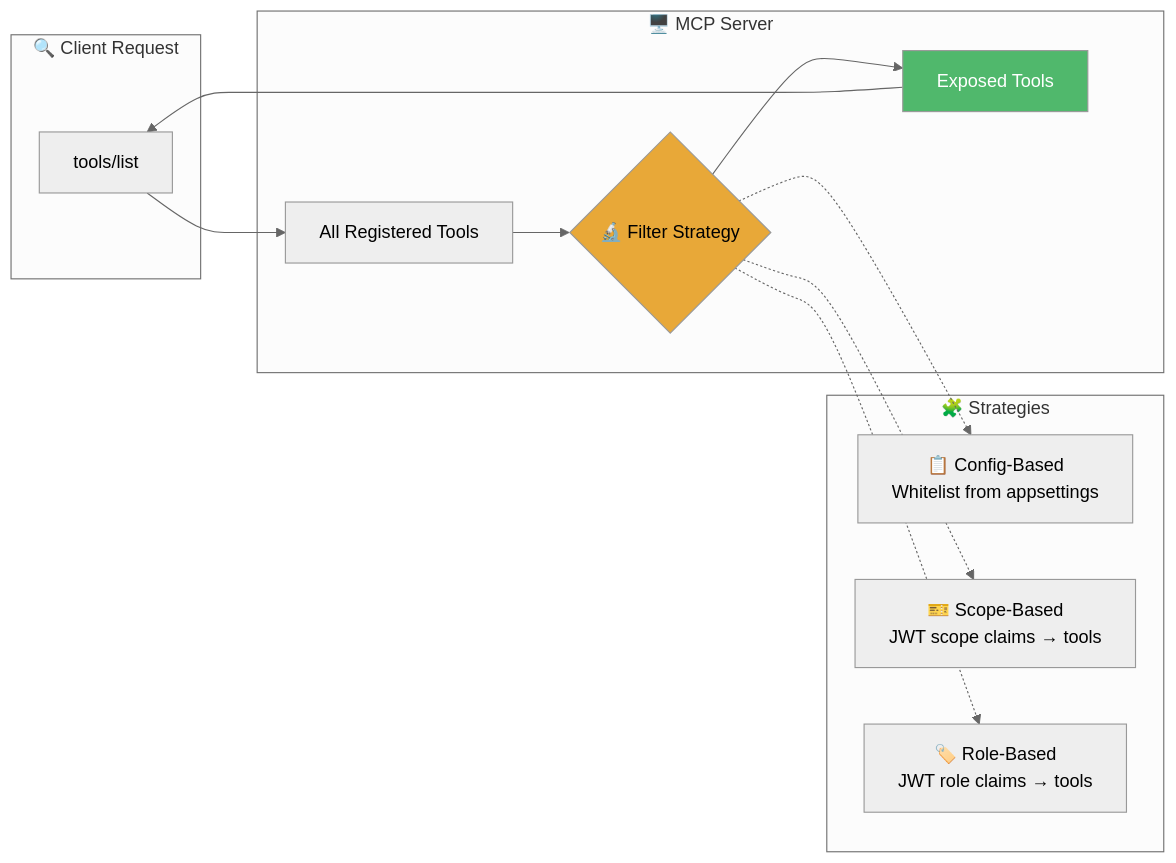
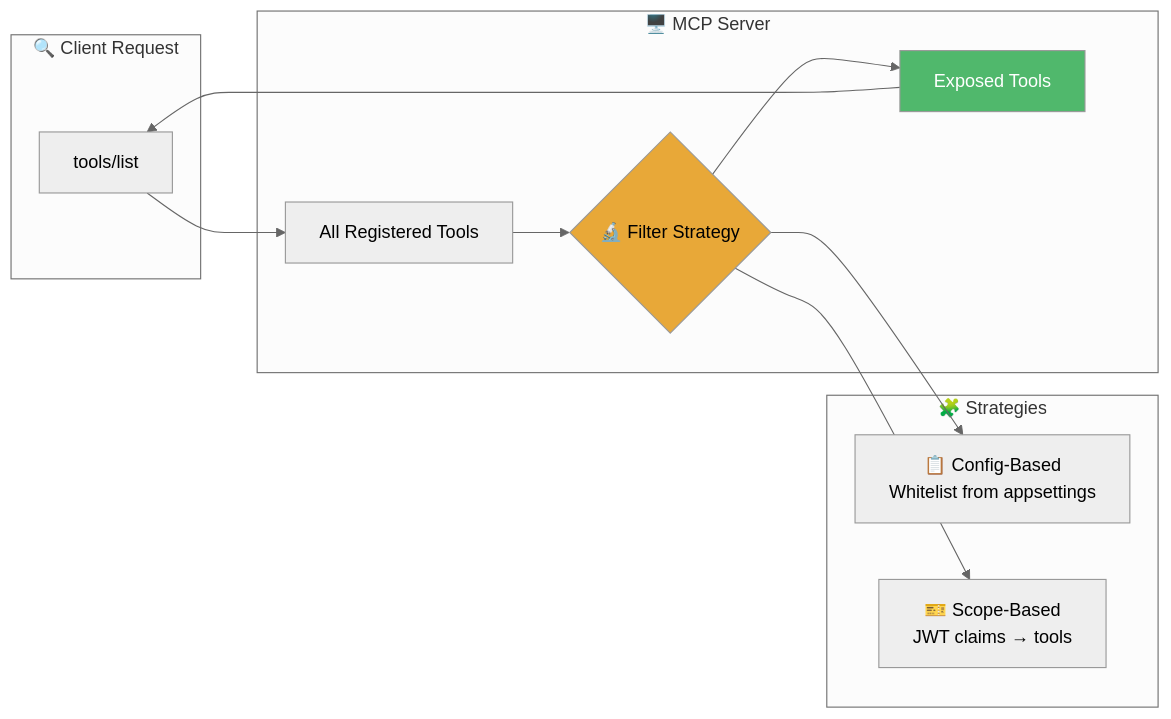
One commit to logichaos/McpPrimitiveFilters changed the fifth of 5 diagrams in README.md. Above: the diagram before and after it, drawn with Mermaid (neutral theme). The commit also changed other lines of this file and 1 other file, not shown here.

````diff
--- a/README.md
+++ b/README.md
@@ -484,30 +490,28 @@
 ```mermaid
 flowchart LR
     subgraph Client [🔍 Client Request]
         A[tools/list]
     end
 
     subgraph Server [🖥️ MCP Server]
         B[All Registered Tools]
         C{"🔬 Filter Strategy"}
         D[Exposed Tools]
     end
 
     subgraph Strategies [🧩 Strategies]
         E["📋 Config-Based<br/>Whitelist from appsettings"]
-        F["🎫 Scope-Based<br/>JWT scope claims → tools"]
-        G["🏷️ Role-Based<br/>JWT role claims → tools"]
+        F["🎫 Scope-Based<br/>JWT claims → tools"]
     end
 
     A --> B
     B --> C
     C --> D
     D --> A
 
-    C -.-> E
-    C -.-> F
-    C -.-> G
+    C --> E
+    C --> F
 
     style C fill:#e8a838,color:#000
     style D fill:#50b86c,color:#fff
 ```
````
